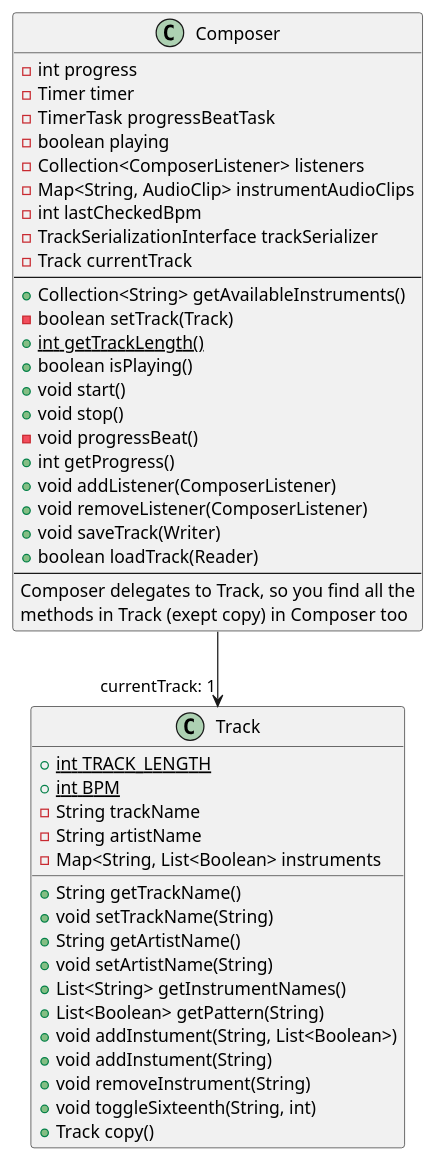
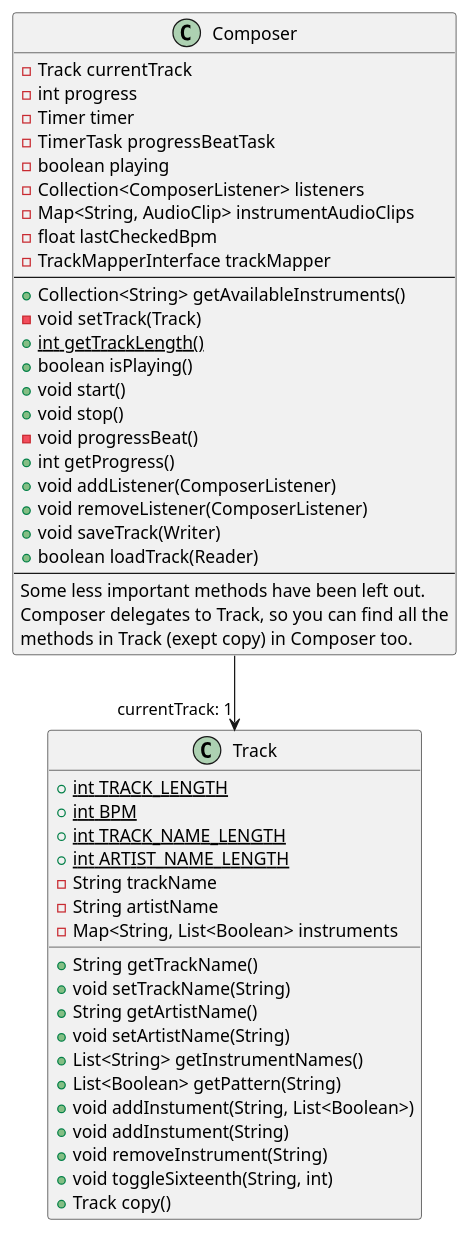
The diagram in docs/release3/diagrams/core-class-diagram.md (PeterJFB/drum-sequencer), drawn with PlantUML before and after one commit. The commit also changed 4 other files, not shown here.

Commit message:
Related to #108. Update class diagrams

````diff
--- a/docs/release3/diagrams/core-class-diagram.md
+++ b/docs/release3/diagrams/core-class-diagram.md
@@ -3,52 +3,55 @@
 ```plantuml
 
 class Track {
-  {static} + int TRACK_LENGTH
-  {static} + int BPM
+  + {static} int TRACK_LENGTH
+  + {static} int BPM
+  + {static} int TRACK_NAME_LENGTH
+  + {static} int ARTIST_NAME_LENGTH
   - String trackName
   - String artistName
   - Map<String, List<Boolean> instruments
   + String getTrackName()
   + void setTrackName(String)
   + String getArtistName()
   + void setArtistName(String)
   + List<String> getInstrumentNames()
   + List<Boolean> getPattern(String)
   + void addInstument(String, List<Boolean>)
   + void addInstument(String)
   + void removeInstrument(String)
   + void toggleSixteenth(String, int)
   + Track copy()
 }
 
 class Composer {
+  - Track currentTrack
   - int progress
   - Timer timer
   - TimerTask progressBeatTask
   - boolean playing
   - Collection<ComposerListener> listeners
   - Map<String, AudioClip> instrumentAudioClips
-  - int lastCheckedBpm
-  - TrackSerializationInterface trackSerializer
-  - Track currentTrack
+  - float lastCheckedBpm
+  - TrackMapperInterface trackMapper
   --
   + Collection<String> getAvailableInstruments()
-  - boolean setTrack(Track)
+  - void setTrack(Track)
   + {static} int getTrackLength()
   + boolean isPlaying() 
   + void start()
   + void stop()
   - void progressBeat()
   + int getProgress()
   + void addListener(ComposerListener)
   + void removeListener(ComposerListener)
   + void saveTrack(Writer)
   + boolean loadTrack(Reader)
   --
-  Composer delegates to Track, so you find all the 
-  methods in Track (exept copy) in Composer too
+  Some less important methods have been left out. 
+  Composer delegates to Track, so you can find all the 
+  methods in Track (exept copy) in Composer too.
 }
 
 Composer --> "currentTrack: 1" Track
 
 ```
````
